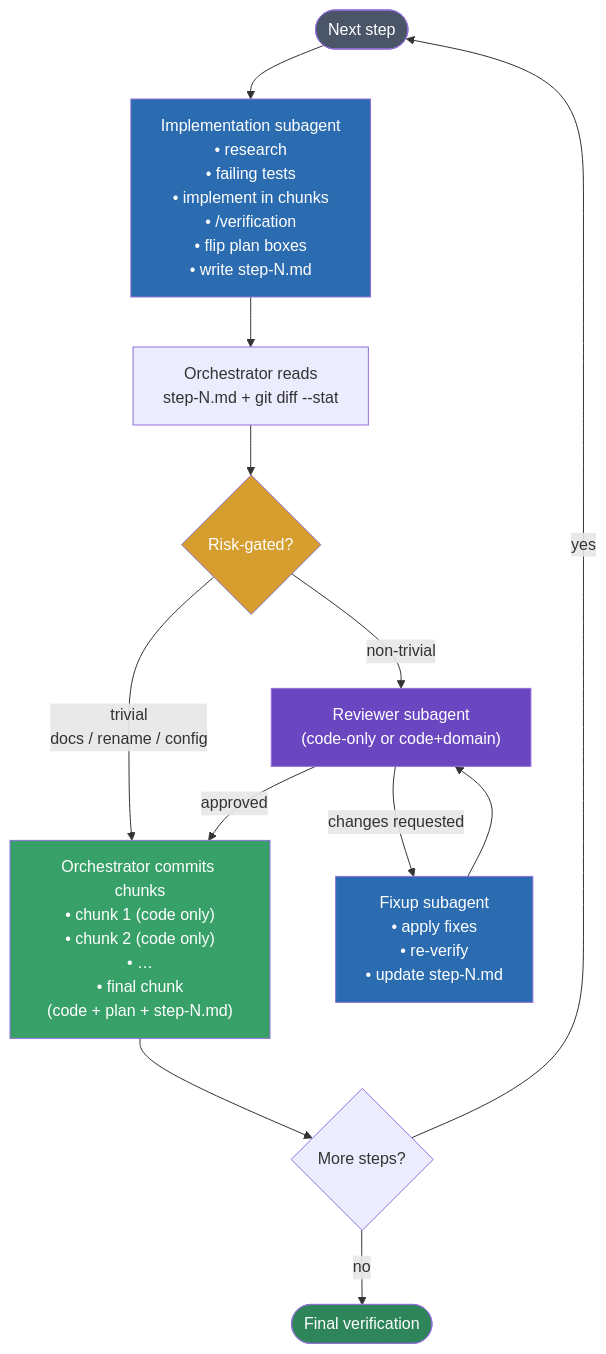
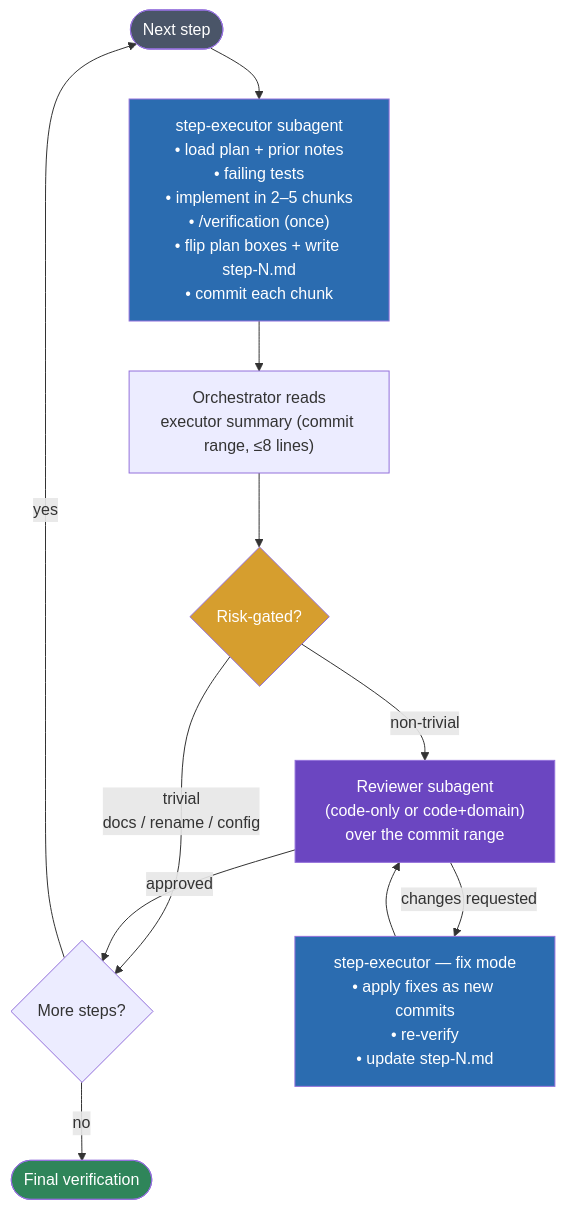
The second of 2 diagrams in README.md (POPFD/claude-sweatshop), drawn with Mermaid before and after one commit. The commit also changed other lines of this file and 5 other files, not shown here.

````diff
--- a/README.md
+++ b/README.md
@@ -106,22 +106,20 @@
 ```mermaid
 flowchart TD
-    Start(["Next step"]) --> Impl["Implementation subagent<br/>• research<br/>• failing tests<br/>• implement in chunks<br/>• /verification<br/>• flip plan boxes<br/>• write step-N.md"]
-    Impl --> Read["Orchestrator reads<br/>step-N.md + git diff --stat"]
-    Read --> Risk{"Risk-gated?"}
-    Risk -->|trivial<br/>docs / rename / config| Commit
-    Risk -->|non-trivial| Review["Reviewer subagent<br/>(code-only or code+domain)"]
-    Review -->|approved| Commit["Orchestrator commits chunks<br/>• chunk 1 (code only)<br/>• chunk 2 (code only)<br/>• …<br/>• final chunk<br/>(code + plan + step-N.md)"]
-    Review -->|changes requested| Fix["Fixup subagent<br/>• apply fixes<br/>• re-verify<br/>• update step-N.md"]
+    Start(["Next step"]) --> Impl["step-executor subagent<br/>• load plan + prior notes<br/>• failing tests<br/>• implement in 2–5 chunks<br/>• /verification (once)<br/>• flip plan boxes + write step-N.md<br/>• commit each chunk"]
+    Impl --> Sum["Orchestrator reads<br/>executor summary (commit range, ≤8 lines)"]
+    Sum --> Risk{"Risk-gated?"}
+    Risk -->|trivial<br/>docs / rename / config| Next
+    Risk -->|non-trivial| Review["Reviewer subagent<br/>(code-only or code+domain)<br/>over the commit range"]
+    Review -->|approved| Next{"More steps?"}
+    Review -->|changes requested| Fix["step-executor — fix mode<br/>• apply fixes as new commits<br/>• re-verify<br/>• update step-N.md"]
     Fix --> Review
-    Commit --> Next{"More steps?"}
     Next -->|yes| Start
     Next -->|no| Done(["Final verification"])
 
     style Start fill:#4a5568,color:#fff
     style Impl fill:#2b6cb0,color:#fff
     style Review fill:#6b46c1,color:#fff
     style Fix fill:#2b6cb0,color:#fff
     style Risk fill:#d69e2e,color:#fff
-    style Commit fill:#38a169,color:#fff
     style Done fill:#2f855a,color:#fff
 ```
````
